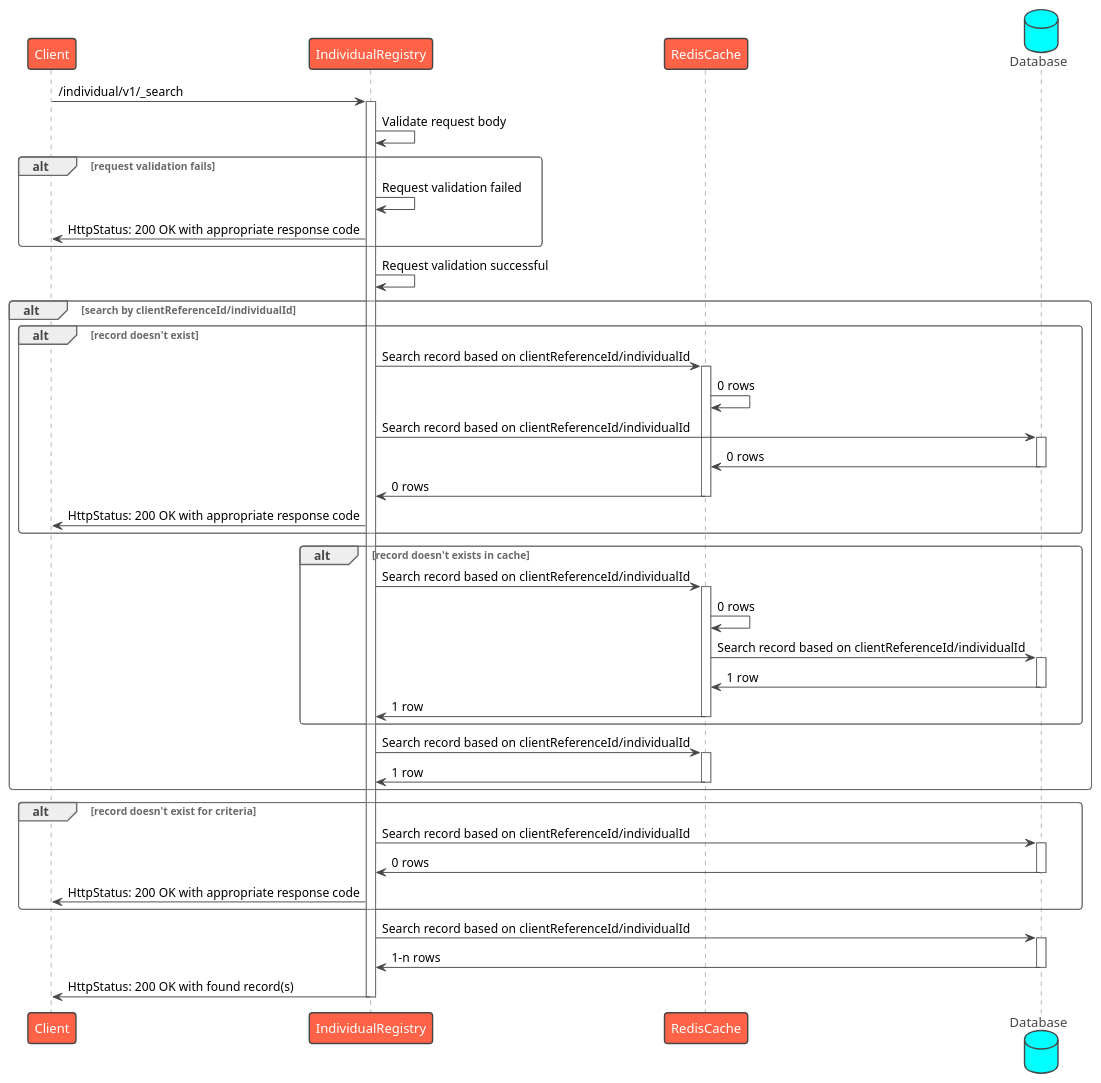
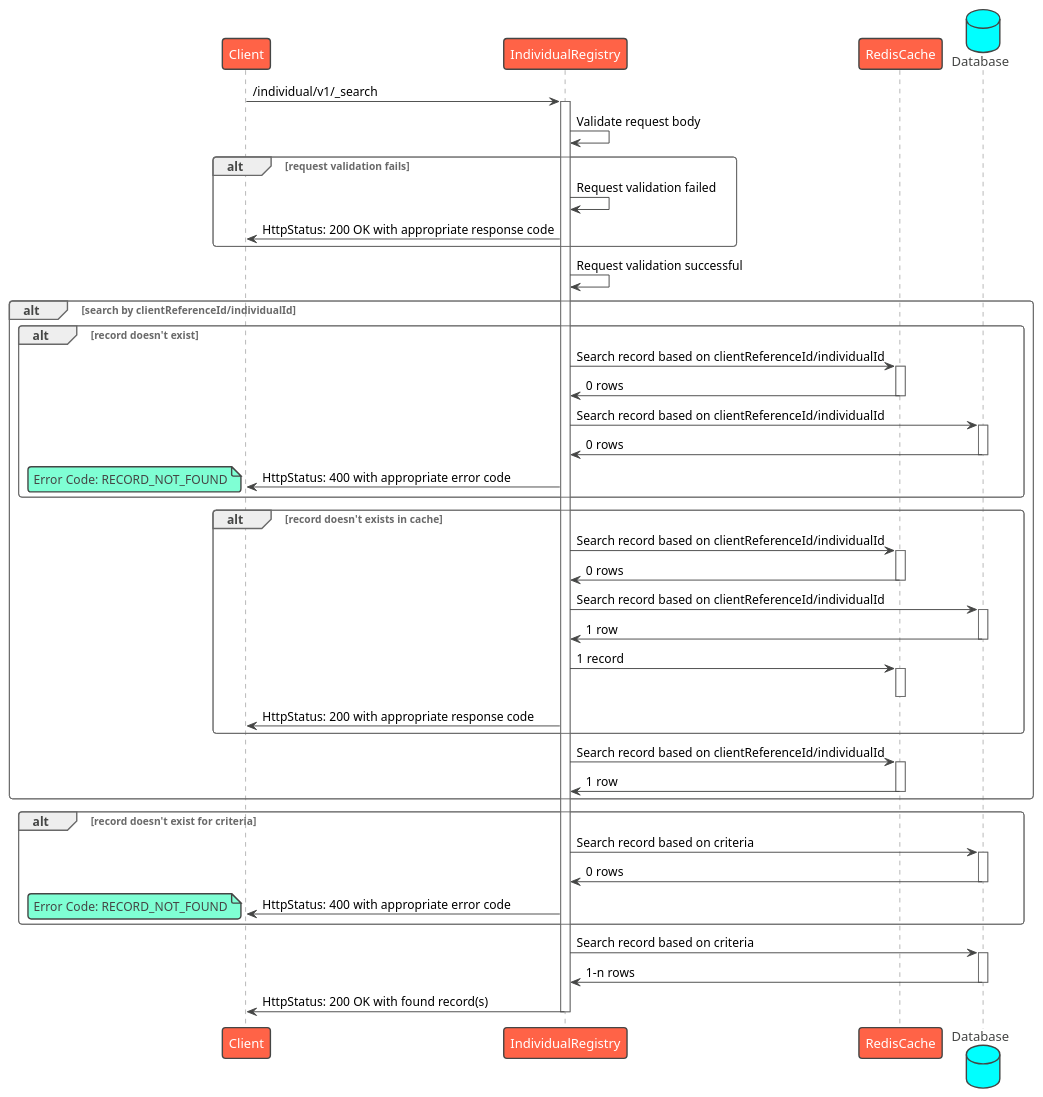
Before and after one commit to egovernments/health-api-specs: the diagram in contracts/registries/individual/sequence/search.puml, drawn with PlantUML. The commit also changed 3 other files, not shown here.

Commit message:
Add ER diagrams for Individual Sequence diagram updates for Individual

```diff
--- a/contracts/registries/individual/sequence/search.puml
+++ b/contracts/registries/individual/sequence/search.puml
@@ -1,57 +1,65 @@
 @startuml Individual Registry - Search
 !theme vibrant
 participant Client as c
-participant IndividualRegistry as hr
+participant IndividualRegistry as ir
 participant RedisCache as rc
 database Database as db
-c -> hr : /individual/v1/_search
-activate hr
-hr -> hr: Validate request body
+c -> ir : /individual/v1/_search
+activate ir
+ir -> ir: Validate request body
 alt request validation fails
-    hr -> hr: Request validation failed
-    hr -> c: HttpStatus: 200 OK with appropriate response code
+    ir -> ir: Request validation failed
+    ir -> c: HttpStatus: 200 OK with appropriate response code
 end
-hr -> hr: Request validation successful
+ir -> ir: Request validation successful
 alt search by clientReferenceId/individualId
     alt record doesn't exist
-        hr -> rc: Search record based on clientReferenceId/individualId
+        ir -> rc: Search record based on clientReferenceId/individualId
         activate rc
-        rc -> rc: 0 rows
-        hr -> db: Search record based on clientReferenceId/individualId
+        rc -> ir: 0 rows
+        deactivate rc
+        ir -> db: Search record based on clientReferenceId/individualId
         activate db
-        db -> rc: 0 rows
+        db -> ir: 0 rows
         deactivate db
-        rc -> hr: 0 rows
-        deactivate rc
-        hr -> c: HttpStatus: 200 OK with appropriate response code
+        ir -> c: HttpStatus: 400 with appropriate error code
+        note left
+          Error Code: RECORD_NOT_FOUND
+        end note
     end
     alt record doesn't exists in cache
-        hr -> rc: Search record based on clientReferenceId/individualId
+        ir -> rc: Search record based on clientReferenceId/individualId
         activate rc
-        rc -> rc: 0 rows
-        rc -> db: Search record based on clientReferenceId/individualId
+        rc -> ir: 0 rows
+        deactivate rc
+        ir -> db: Search record based on clientReferenceId/individualId
         activate db
-        db -> rc: 1 row
+        db -> ir: 1 row
         deactivate db
-        rc -> hr: 1 row
+        ir -> rc: 1 record
+        activate rc
         deactivate rc
+        ir -> c: HttpStatus: 200 with appropriate response code
     end
-hr -> rc: Search record based on clientReferenceId/individualId
+ir -> rc: Search record based on clientReferenceId/individualId
 activate rc
-rc -> hr: 1 row
+rc -> ir: 1 row
 deactivate rc
 end
 alt record doesn't exist for criteria
-    hr -> db: Search record based on clientReferenceId/individualId
+    ir -> db: Search record based on criteria
     activate db
-    db -> hr: 0 rows
+    db -> ir: 0 rows
     deactivate db
-    hr -> c: HttpStatus: 200 OK with appropriate response code
+    ir -> c: HttpStatus: 400 with appropriate error code
+    note left
+      Error Code: RECORD_NOT_FOUND
+    end note
 end
-hr -> db: Search record based on clientReferenceId/individualId
+ir -> db: Search record based on criteria
 activate db
-db -> hr: 1-n rows
+db -> ir: 1-n rows
 deactivate db
-hr -> c: HttpStatus: 200 OK with found record(s)
-deactivate hr
+ir -> c: HttpStatus: 200 OK with found record(s)
+deactivate ir
 @enduml
```
